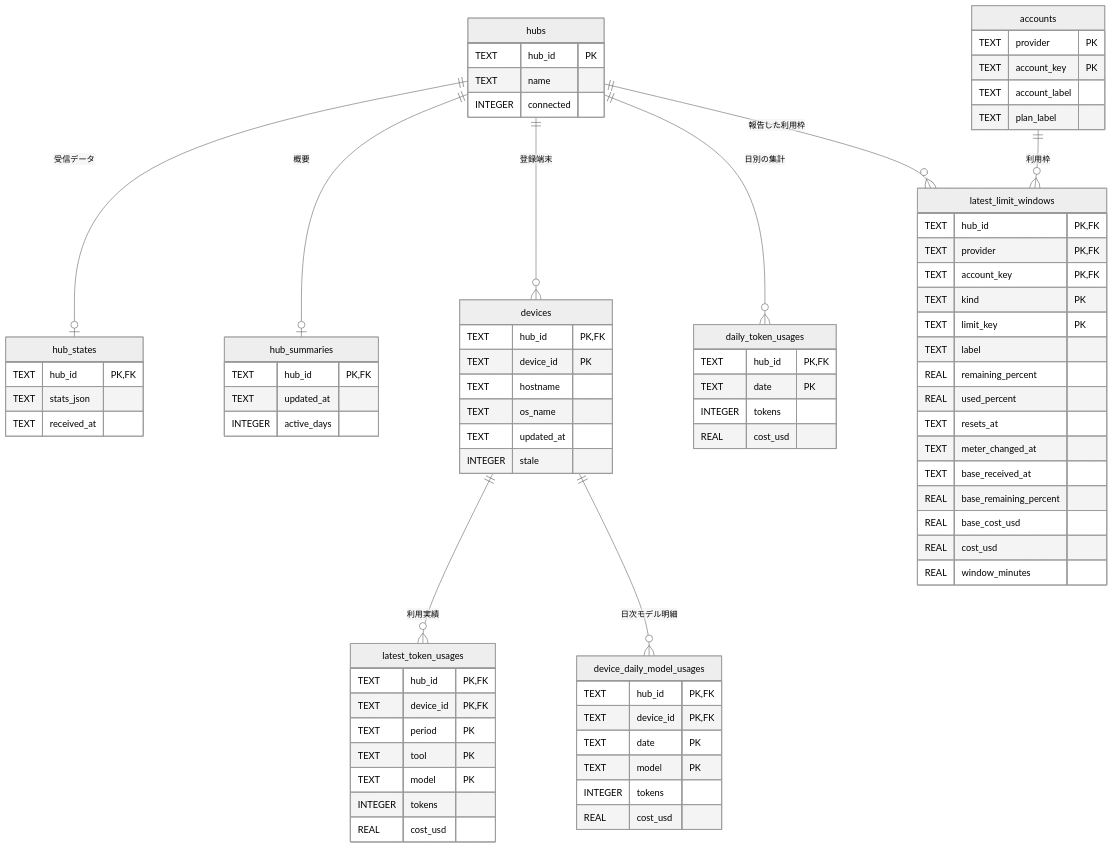
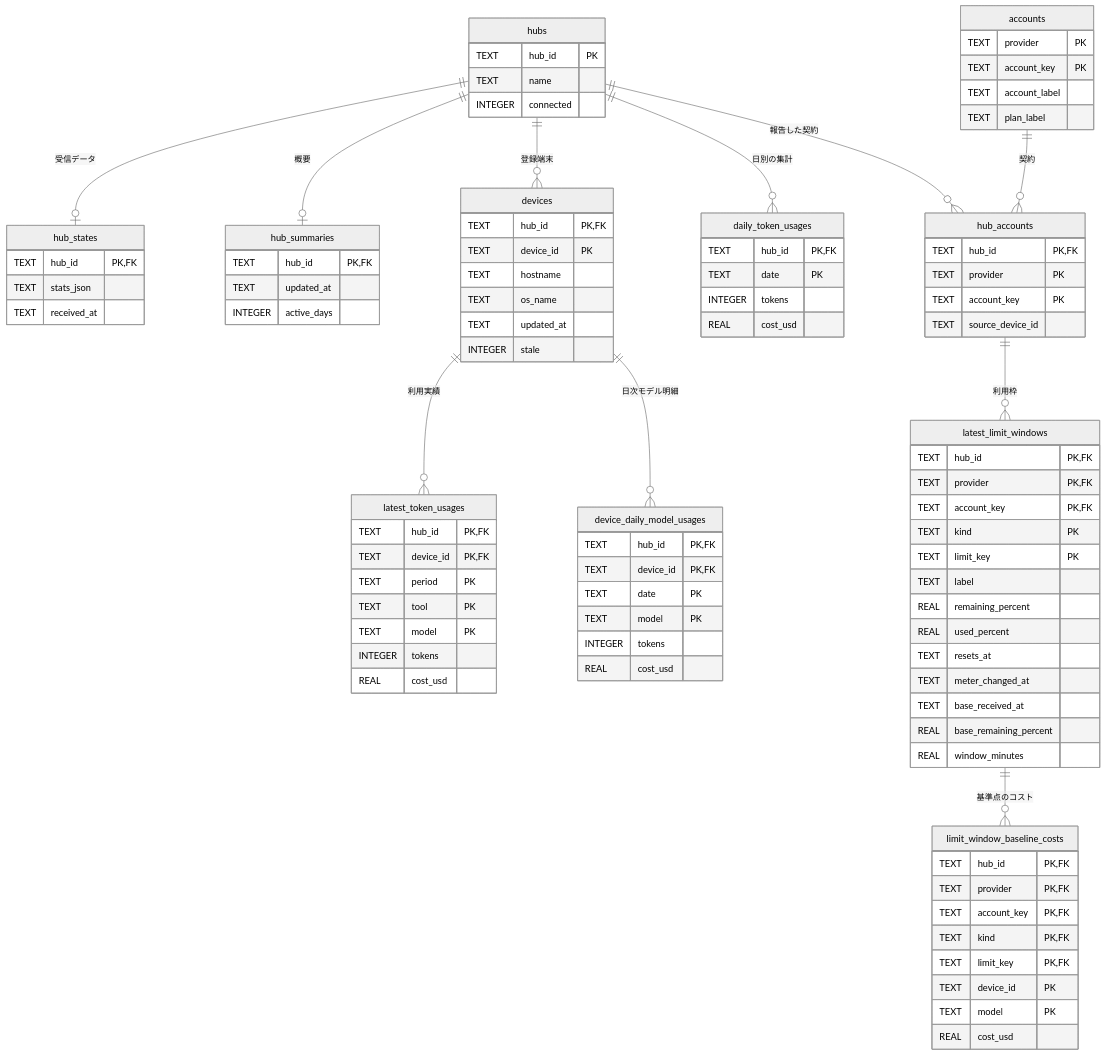
Before and after one commit to nuitsjp/multi-token-monitor: the diagram in docs/design/data.md, drawn with Mermaid (neutral theme). The commit also changed other lines of this file and 26 other files, not shown here.

First line of the commit message:
fix: estimate limits from per-window cost scope (#20)

````diff
--- a/docs/design/data.md
+++ b/docs/design/data.md
@@ -11,9 +11,11 @@
   hubs ||--o{ devices : "登録端末"
   hubs ||--o{ daily_token_usages : "日別の集計"
   devices ||--o{ latest_token_usages : "利用実績"
+  hubs ||--o{ hub_accounts : "報告した契約"
+  accounts ||--o{ hub_accounts : "契約"
+  hub_accounts ||--o{ latest_limit_windows : "利用枠"
+  latest_limit_windows ||--o{ limit_window_baseline_costs : "基準点のコスト"
   devices ||--o{ device_daily_model_usages : "日次モデル明細"
-  hubs ||--o{ latest_limit_windows : "報告した利用枠"
-  accounts ||--o{ latest_limit_windows : "利用枠"
   hubs {
     TEXT hub_id PK
     TEXT name
@@ -66,6 +68,12 @@
     TEXT account_label
     TEXT plan_label
   }
+  hub_accounts {
+    TEXT hub_id PK,FK
+    TEXT provider PK
+    TEXT account_key PK
+    TEXT source_device_id
+  }
   latest_limit_windows {
     TEXT hub_id PK,FK
     TEXT provider PK,FK
@@ -79,8 +87,16 @@
     TEXT meter_changed_at
     TEXT base_received_at
     REAL base_remaining_percent
-    REAL base_cost_usd
-    REAL cost_usd
     REAL window_minutes
   }
+  limit_window_baseline_costs {
+    TEXT hub_id PK,FK
+    TEXT provider PK,FK
+    TEXT account_key PK,FK
+    TEXT kind PK,FK
+    TEXT limit_key PK,FK
+    TEXT device_id PK
+    TEXT model PK
+    REAL cost_usd
+  }
 ```
````
